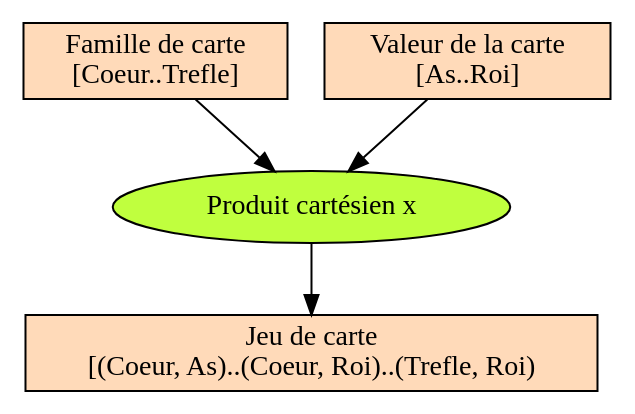
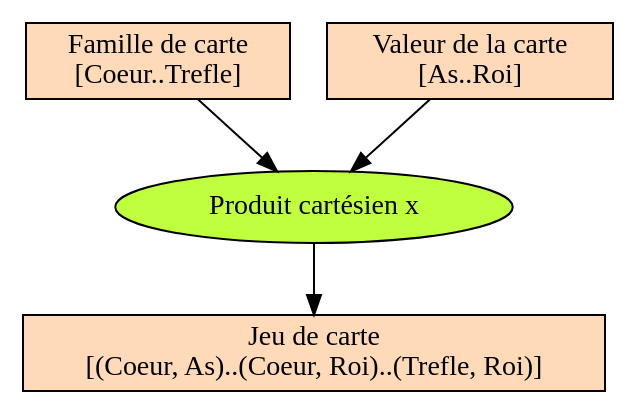
One commit to NadineOuaziz/Caronch changed the diagram in diagrams/sample_card_deck.dot. Above: the diagram before and after it, drawn with Graphviz.

Commit message:
oubli d'un crochet

```diff
--- a/diagrams/sample_card_deck.dot
+++ b/diagrams/sample_card_deck.dot
@@ -1,26 +1,26 @@
 digraph Def {
 
     /** Data definition  */
     node [shape=box,style="filled",fillcolor=peachpuff];
 
     //-- Data nodes
     card_familly[label="Famille de carte\n[Coeur..Trefle]"];
     card_value[label="Valeur de la carte\n[As..Roi]"];
 
-    card_deck[label="Jeu de carte\n[(Coeur, As)..(Coeur, Roi)..(Trefle, Roi)"];
+    card_deck[label="Jeu de carte\n[(Coeur, As)..(Coeur, Roi)..(Trefle, Roi)]"];
   
     /** Process definition */
     node [shape=ellipse,style="filled",fillcolor=olivedrab1];
 
     //-- Process nodes
     cartesian_product[label="Produit cartésien x"];
 		
 
     /** Relations */		
     subgraph { 
 	card_familly -> cartesian_product;
         card_value -> cartesian_product;
 
         cartesian_product -> card_deck;
     } 
 }
```
